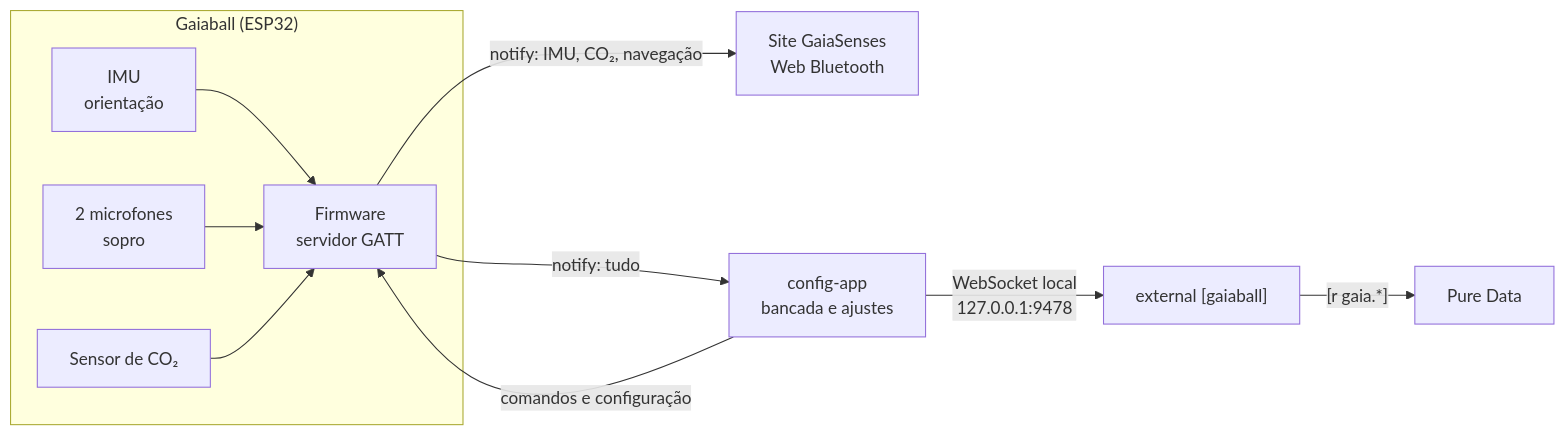
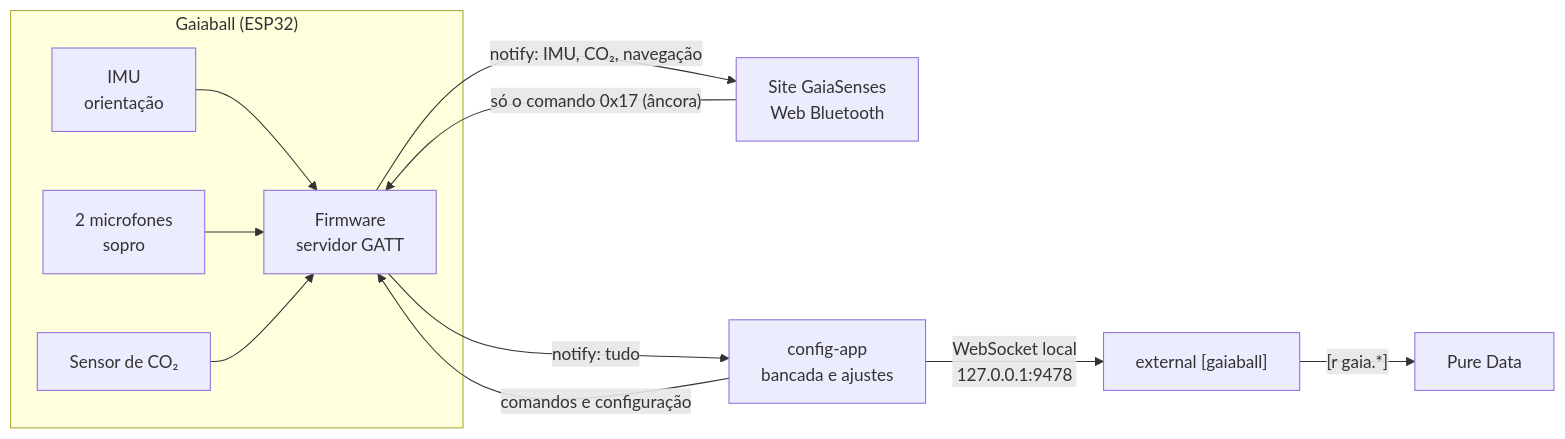
Before and after one commit to GaiaSenses/Gaiasenses-web: the first of 3 diagrams in docs/gaiaball-protocolo-ble.md, drawn with Mermaid. The commit also changed other lines of this file, not shown here.

````diff
--- a/docs/gaiaball-protocolo-ble.md
+++ b/docs/gaiaball-protocolo-ble.md
@@ -53,17 +53,18 @@
 ```mermaid
 flowchart LR
   subgraph BOLA["Gaiaball (ESP32)"]
     IMU["IMU<br/>orientação"]
     MIC["2 microfones<br/>sopro"]
     CO2["Sensor de CO₂"]
     FW["Firmware<br/>servidor GATT"]
     IMU --> FW
     MIC --> FW
     CO2 --> FW
   end
   FW -- "notify: IMU, CO₂, navegação" --> SITE["Site GaiaSenses<br/>Web Bluetooth"]
+  SITE -- "só o comando 0x17 (âncora)" --> FW
   FW -- "notify: tudo" --> APP["config-app<br/>bancada e ajustes"]
   APP -- "comandos e configuração" --> FW
   APP -- "WebSocket local<br/>127.0.0.1:9478" --> EXT["external [gaiaball]"]
   EXT -- "[r gaia.*]" --> PD["Pure Data"]
 ```
````
